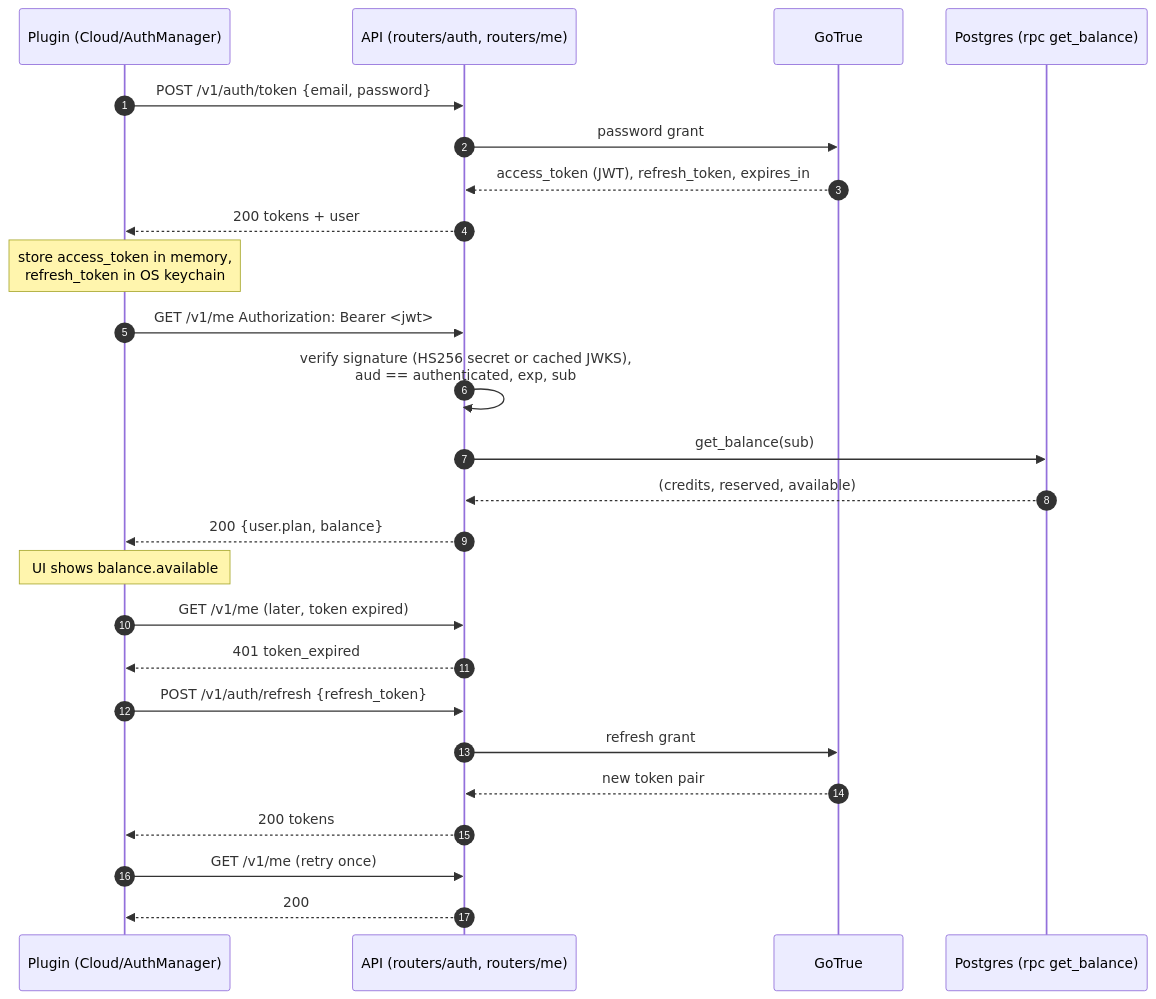
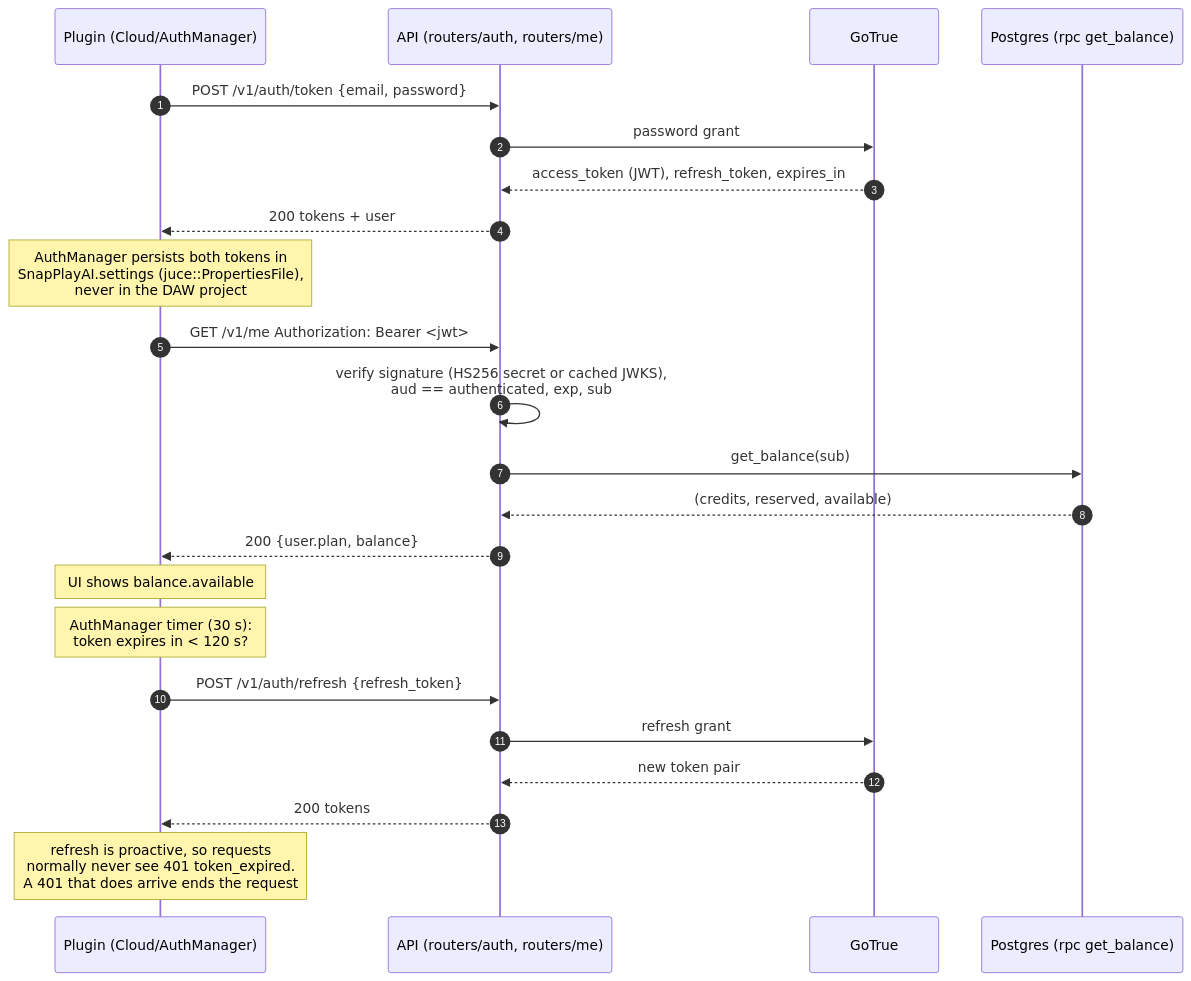
The third of 7 diagrams in snapplay-ai/docs/ARCHITECTURE.md (GregoryDich/GregoryDich), drawn with Mermaid before and after one commit. The commit also changed other lines of this file and 24 other files, not shown here.

````diff
--- a/snapplay-ai/docs/ARCHITECTURE.md
+++ b/snapplay-ai/docs/ARCHITECTURE.md
@@ -171,30 +172,28 @@
 ```mermaid
 sequenceDiagram
     autonumber
     participant P as Plugin (Cloud/AuthManager)
     participant A as API (routers/auth, routers/me)
     participant G as GoTrue
     participant DB as Postgres (rpc get_balance)
 
     P->>A: POST /v1/auth/token {email, password}
     A->>G: password grant
     G-->>A: access_token (JWT), refresh_token, expires_in
     A-->>P: 200 tokens + user
-    Note over P: store access_token in memory,<br/>refresh_token in OS keychain
+    Note over P: AuthManager persists both tokens in<br/>SnapPlayAI.settings (juce::PropertiesFile),<br/>never in the DAW project
 
     P->>A: GET /v1/me  Authorization: Bearer <jwt>
     A->>A: verify signature (HS256 secret or cached JWKS),<br/>aud == authenticated, exp, sub
     A->>DB: get_balance(sub)
     DB-->>A: (credits, reserved, available)
     A-->>P: 200 {user.plan, balance}
     Note over P: UI shows balance.available
 
-    P->>A: GET /v1/me (later, token expired)
-    A-->>P: 401 token_expired
+    Note over P: AuthManager timer (30 s):<br/>token expires in < 120 s?
     P->>A: POST /v1/auth/refresh {refresh_token}
     A->>G: refresh grant
     G-->>A: new token pair
     A-->>P: 200 tokens
-    P->>A: GET /v1/me (retry once)
-    A-->>P: 200
+    Note over P: refresh is proactive, so requests<br/>normally never see 401 token_expired.<br/>A 401 that does arrive ends the request
 ```
````
